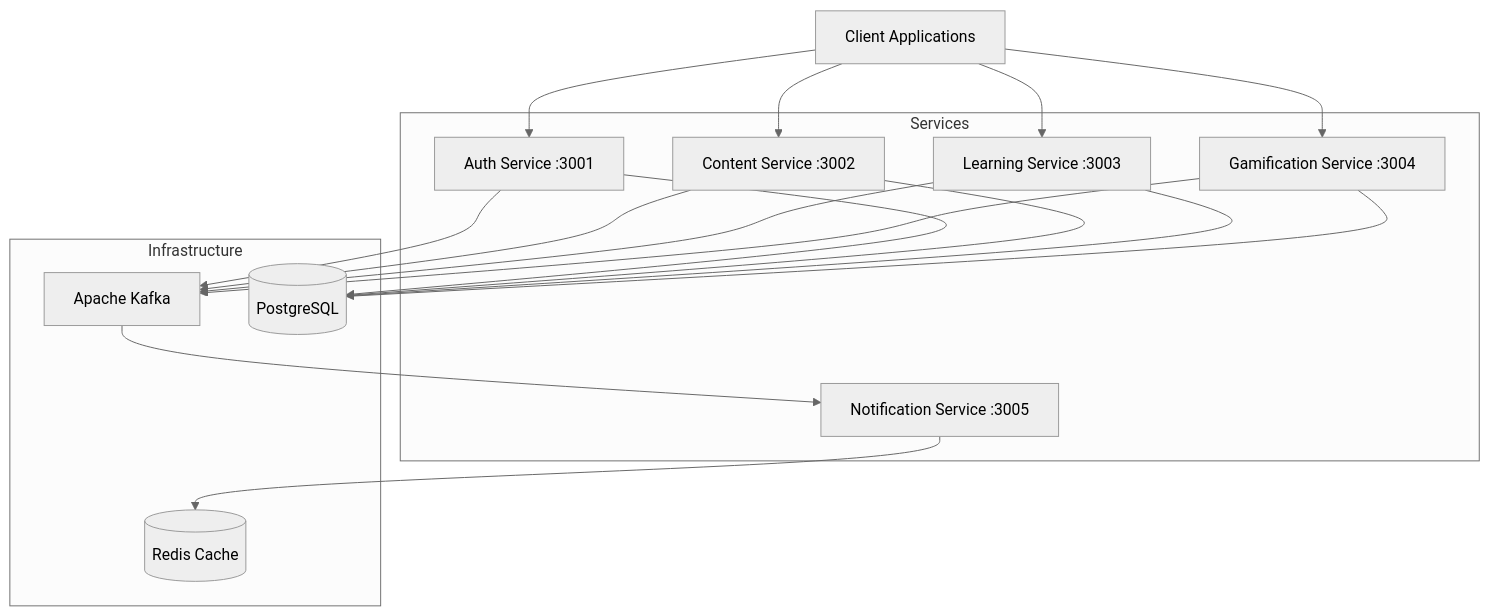
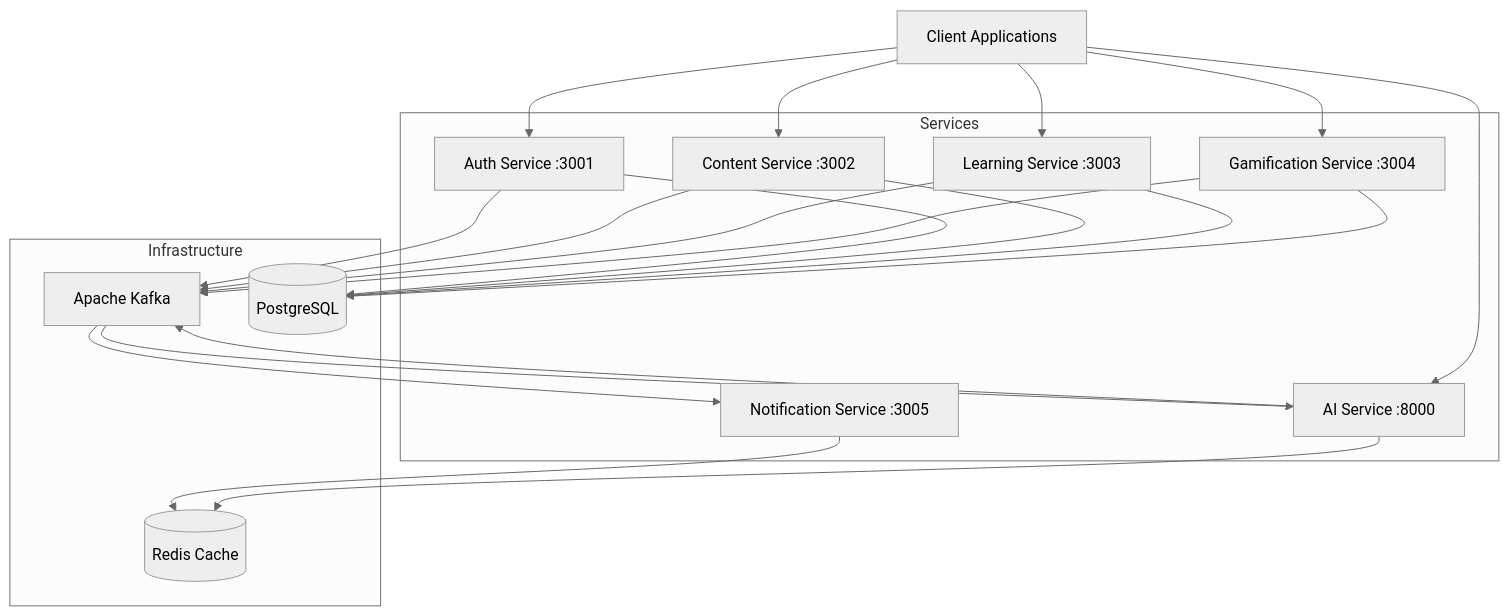
One commit to DhavalSuthar-24/kai changed the first of 5 diagrams in BACKEND_README.md. Above: the diagram before and after it, drawn with Mermaid (neutral theme). The commit also changed other lines of this file and 22 other files, not shown here.

````diff
--- a/BACKEND_README.md
+++ b/BACKEND_README.md
@@ -25,36 +25,41 @@
 ```mermaid
 graph TB
     Client[Client Applications]
     
     subgraph Services
         Auth[Auth Service :3001]
         Content[Content Service :3002]
         Learning[Learning Service :3003]
         Gamification[Gamification Service :3004]
         Notification[Notification Service :3005]
+        AI[AI Service :8000]
     end
     
     subgraph Infrastructure
         Kafka[Apache Kafka]
         Postgres[(PostgreSQL)]
         Redis[(Redis Cache)]
     end
     
     Client --> Auth
     Client --> Content
     Client --> Learning
     Client --> Gamification
+    Client --> AI
     
     Auth --> Kafka
     Content --> Kafka
     Learning --> Kafka
     Gamification --> Kafka
+    AI --> Kafka
     
     Auth --> Postgres
     Content --> Postgres
     Learning --> Postgres
     Gamification --> Postgres
     
     Kafka --> Notification
+    Kafka --> AI
     Notification --> Redis
+    AI --> Redis
 ```
````
